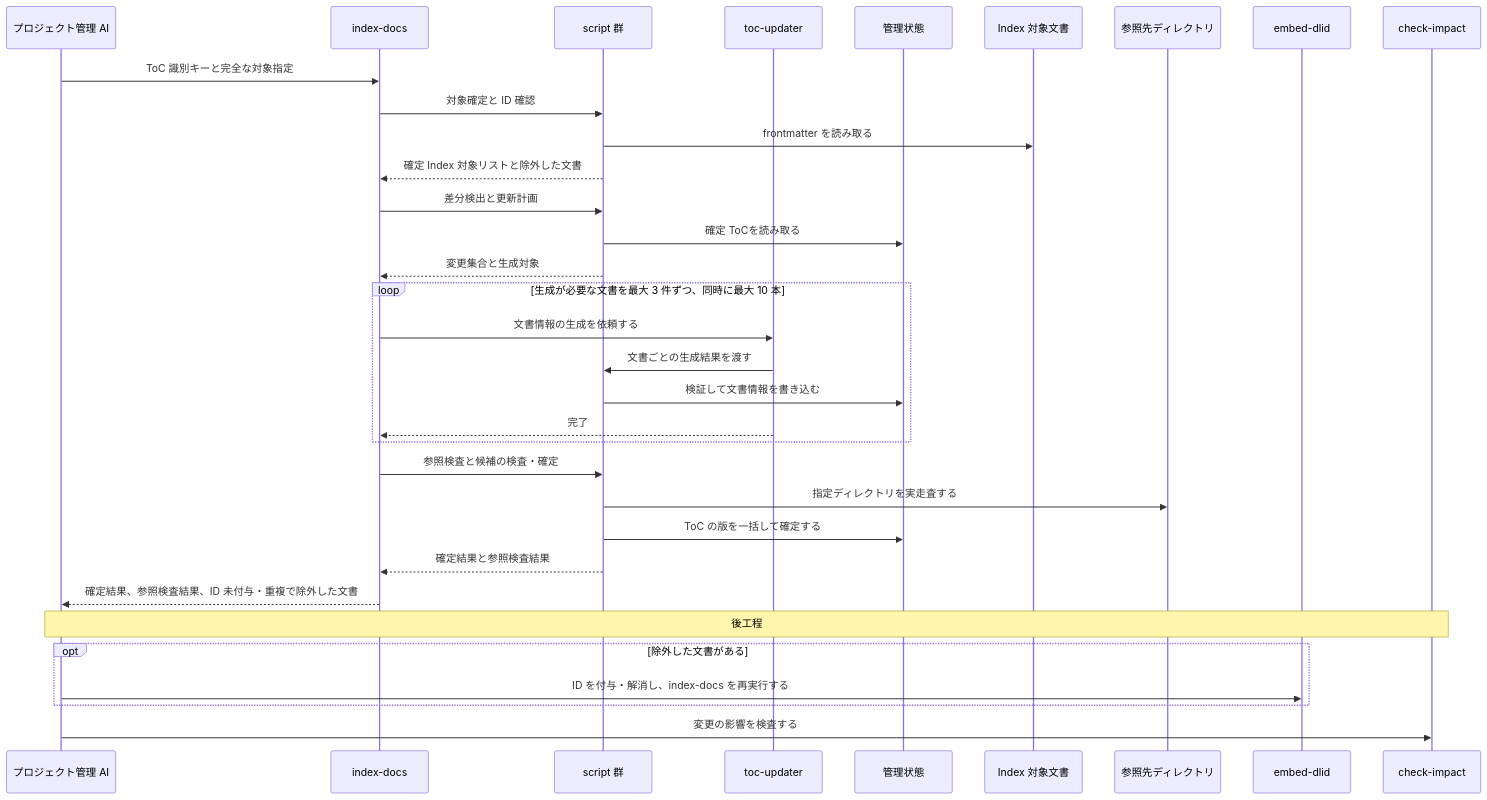
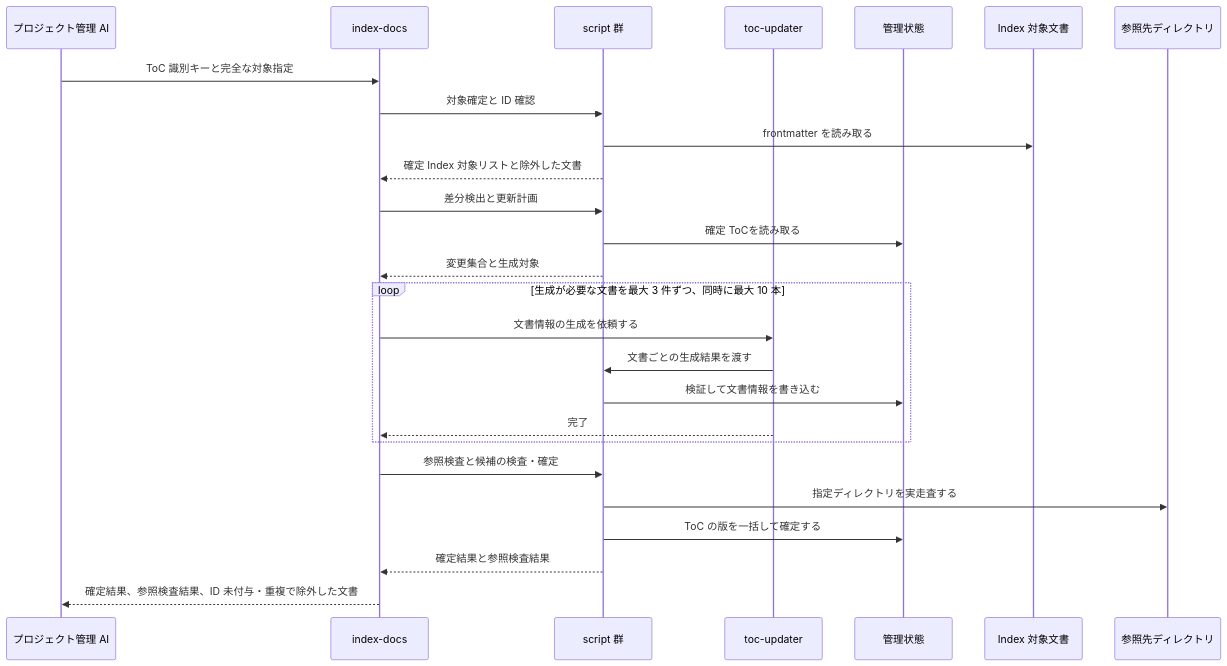
One commit to BlueEventHorizon/doc-link changed the third of 10 diagrams in docs/specs/design/DES-010_skill-composition.md. Above: the diagram before and after it, drawn with Mermaid. The commit also changed other lines of this file and 30 other files, not shown here.

````diff
--- a/docs/specs/design/DES-010_skill-composition.md
+++ b/docs/specs/design/DES-010_skill-composition.md
@@ -182,36 +173,29 @@
 ```mermaid
 sequenceDiagram
     participant PM as プロジェクト管理 AI
     participant Skill as index-docs
     participant Scripts as script 群
     participant Agent as toc-updater
     participant State as 管理状態
     participant Docs as Index 対象文書
     participant RefDirs as 参照先ディレクトリ
-    participant Embed as embed-dlid
-    participant Impact as check-impact
 
     PM->>Skill: ToC 識別キーと完全な対象指定
     Skill->>Scripts: 対象確定と ID 確認
     Scripts->>Docs: frontmatter を読み取る
     Scripts-->>Skill: 確定 Index 対象リストと除外した文書
     Skill->>Scripts: 差分検出と更新計画
     Scripts->>State: 確定 ToCを読み取る
     Scripts-->>Skill: 変更集合と生成対象
     loop 生成が必要な文書を最大 3 件ずつ、同時に最大 10 本
         Skill->>Agent: 文書情報の生成を依頼する
         Agent->>Scripts: 文書ごとの生成結果を渡す
         Scripts->>State: 検証して文書情報を書き込む
         Agent-->>Skill: 完了
     end
     Skill->>Scripts: 参照検査と候補の検査・確定
     Scripts->>RefDirs: 指定ディレクトリを実走査する
     Scripts->>State: ToC の版を一括して確定する
     Scripts-->>Skill: 確定結果と参照検査結果
     Skill-->>PM: 確定結果、参照検査結果、ID 未付与・重複で除外した文書
-    Note over PM,Impact: 後工程
-    opt 除外した文書がある
-        PM->>Embed: ID を付与・解消し、index-docs を再実行する
-    end
-    PM->>Impact: 変更の影響を検査する
 ```
````
